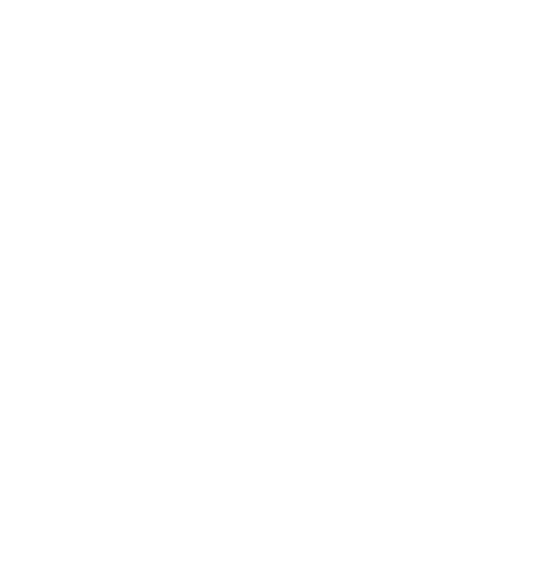
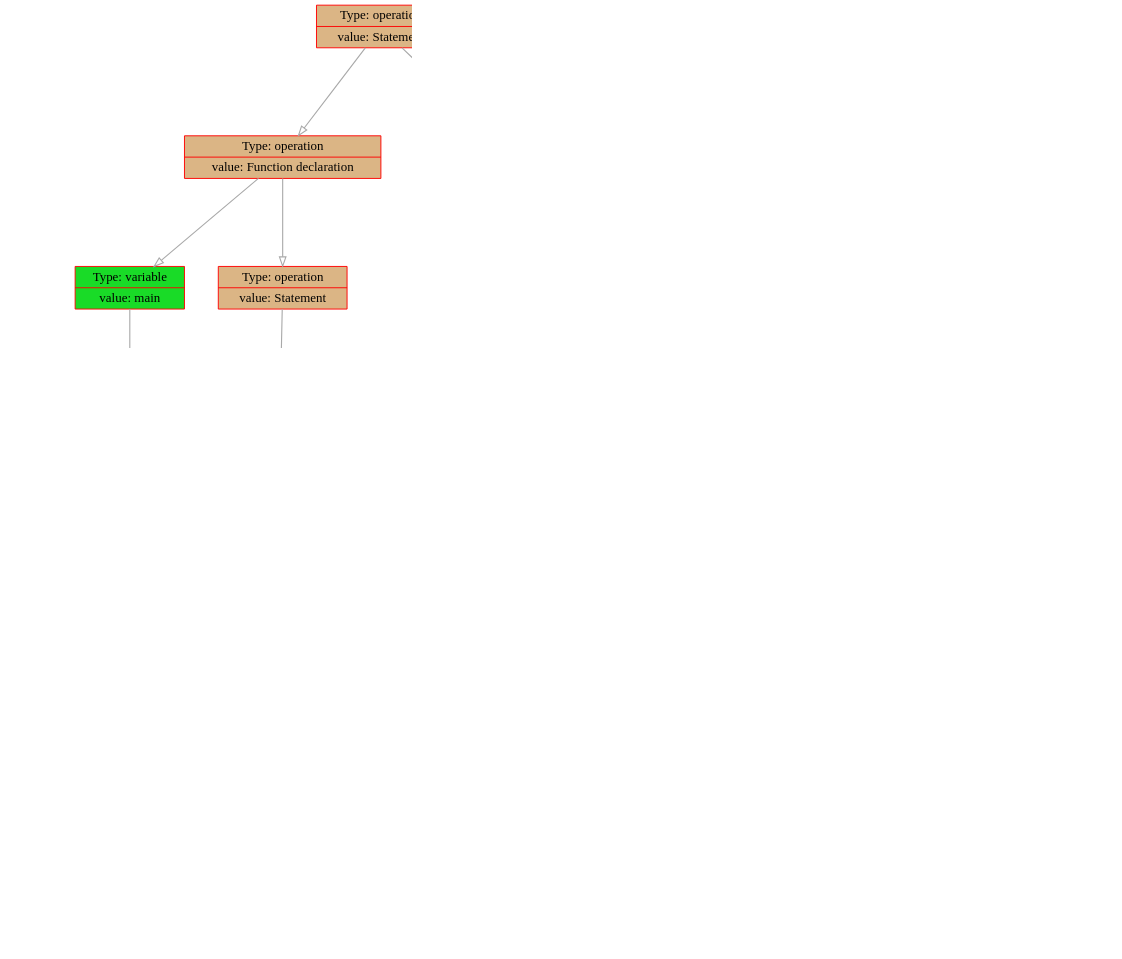
Before and after one commit to dodokek/ProgrammingLanguage: the diagram in frontend/data/graph.dot, drawn with Graphviz. The commit also changed 4 other files, not shown here.

```diff
--- a/frontend/data/graph.dot
+++ b/frontend/data/graph.dot
@@ -1,43 +1,91 @@
 
     digraph g {
         dpi      = 200;
         fontname = "Comic Sans MS";
         fontsize = 20;
         rankdir   =  TB;
         edge [color = darkgrey, arrowhead = onormal, arrowsize = 1, penwidth = 1.2]
         graph[fillcolor = lightgreen, ranksep = 1.3, nodesep = 0.5,
         style = "rounded, filled",color = green, penwidth = 2]
 
-    Node0000026e55757800[shape=record, width=0.2, style="filled", color="red", fillcolor="#DBB585",label=" {Type: operation | value: Statement}"] 
+    Node0000027d3c0b81f0[shape=record, width=0.2, style="filled", color="red", fillcolor="#DBB585",label=" {Type: operation | value: Statement}"] 
  
-Node0000026e55757770[shape=record, width=0.2, style="filled", color="red", fillcolor="#DBB585",label=" {Type: operation | value: While}"] 
+Node0000027d3c0b80b0[shape=record, width=0.2, style="filled", color="red", fillcolor="#DBB585",label=" {Type: operation | value: Function declaration}"] 
  
-Node0000026e55757680[shape=record, width=0.2, style="filled", color="red", fillcolor="#DBB585",label=" {Type: operation | value: +}"] 
+Node0000027d3c0b75b0[shape=record, width=0.2, style="filled", color="red", fillcolor="#19DB27",label=" {Type: variable | value: main}"] 
  
-Node0000026e557575b0[shape=record, width=0.2, style="filled", color="red", fillcolor="#DB8E21",label=" {Type: number | value: 1}"] 
+Node0000027d3c0b8020[shape=record, width=0.2, style="filled", color="red", fillcolor="#DBB585",label=" {Type: operation | value: Parametr}"] 
  
-Node0000026e55757650[shape=record, width=0.2, style="filled", color="red", fillcolor="#DB8E21",label=" {Type: number | value: 2}"] 
+Node0000027d3c0b7640[shape=record, width=0.2, style="filled", color="red", fillcolor="#DBB585",label=" {Type: operation | value: Var}"] 
  
-Node0000026e55757740[shape=record, width=0.2, style="filled", color="red", fillcolor="#DBB585",label=" {Type: operation | value: Statement}"] 
+Node0000027d3c0b75e0[shape=record, width=0.2, style="filled", color="red", fillcolor="#19DB27",label=" {Type: variable | value: X}"] 
  
-Node0000026e557576b0[shape=record, width=0.2, style="filled", color="red", fillcolor="#DB8E21",label=" {Type: number | value: 2}"] 
+Node0000027d3c0b7610[shape=record, width=0.2, style="filled", color="red", fillcolor="#DB8E21",label=" {Type: number | value: 10}"] 
  
-Node0000026e55757710[shape=record, width=0.2, style="filled", color="red", fillcolor="#DBB585",label=" {Type: operation | value: Statement}"] 
+Node0000027d3c0b8080[shape=record, width=0.2, style="filled", color="red", fillcolor="#DBB585",label=" {Type: operation | value: Statement}"] 
  
-Node0000026e557576e0[shape=record, width=0.2, style="filled", color="red", fillcolor="#DB8E21",label=" {Type: number | value: 3}"] 
+Node0000027d3c0b8050[shape=record, width=0.2, style="filled", color="red", fillcolor="#DB8E21",label=" {Type: number | value: 2}"] 
  
-Node0000026e557577d0[shape=record, width=0.2, style="filled", color="red", fillcolor="#DBB585",label=" {Type: operation | value: Statement}"] 
+Node0000027d3c0b8190[shape=record, width=0.2, style="filled", color="red", fillcolor="#DBB585",label=" {Type: operation | value: Statement}"] 
  
-Node0000026e557577a0[shape=record, width=0.2, style="filled", color="red", fillcolor="#DB8E21",label=" {Type: number | value: 4}"] 
+Node0000027d3c0b8220[shape=record, width=0.2, style="filled", color="red", fillcolor="#DBB585",label=" {Type: operation | value: Var}"] 
  
-Node0000026e55757800->Node0000026e55757770
-Node0000026e55757770->Node0000026e55757680
-Node0000026e55757680->Node0000026e557575b0
-Node0000026e55757680->Node0000026e55757650
-Node0000026e55757770->Node0000026e55757740
-Node0000026e55757740->Node0000026e557576b0
-Node0000026e55757740->Node0000026e55757710
-Node0000026e55757710->Node0000026e557576e0
-Node0000026e55757800->Node0000026e557577d0
-Node0000026e557577d0->Node0000026e557577a0
+Node0000027d3c0b8130[shape=record, width=0.2, style="filled", color="red", fillcolor="#19DB27",label=" {Type: variable | value: Y}"] 
+ 
+Node0000027d3c0b8490[shape=record, width=0.2, style="filled", color="red", fillcolor="#DB8E21",label=" {Type: number | value: 20}"] 
+ 
+Node0000027d3c0b81c0[shape=record, width=0.2, style="filled", color="red", fillcolor="#DBB585",label=" {Type: operation | value: Statement}"] 
+ 
+Node0000027d3c0b8160[shape=record, width=0.2, style="filled", color="red", fillcolor="#DBB585",label=" {Type: operation | value: if}"] 
+ 
+Node0000027d3c0b8430[shape=record, width=0.2, style="filled", color="red", fillcolor="#DBB585",label=" {Type: operation | value: +}"] 
+ 
+Node0000027d3c0b82e0[shape=record, width=0.2, style="filled", color="red", fillcolor="#DB8E21",label=" {Type: number | value: 2}"] 
+ 
+Node0000027d3c0b8340[shape=record, width=0.2, style="filled", color="red", fillcolor="#DB8E21",label=" {Type: number | value: 2}"] 
+ 
+Node0000027d3c0b8460[shape=record, width=0.2, style="filled", color="red", fillcolor="#DBB585",label=" {Type: operation | value: else}"] 
+ 
+Node0000027d3c0b8280[shape=record, width=0.2, style="filled", color="red", fillcolor="#DBB585",label=" {Type: operation | value: Statement}"] 
+ 
+Node0000027d3c0b83a0[shape=record, width=0.2, style="filled", color="red", fillcolor="#DBB585",label=" {Type: operation | value: Var}"] 
+ 
+Node0000027d3c0b8400[shape=record, width=0.2, style="filled", color="red", fillcolor="#19DB27",label=" {Type: variable | value: Y}"] 
+ 
+Node0000027d3c0b8310[shape=record, width=0.2, style="filled", color="red", fillcolor="#DB8E21",label=" {Type: number | value: 2}"] 
+ 
+Node0000027d3c0b83d0[shape=record, width=0.2, style="filled", color="red", fillcolor="#DBB585",label=" {Type: operation | value: Statement}"] 
+ 
+Node0000027d3c0b82b0[shape=record, width=0.2, style="filled", color="red", fillcolor="#DBB585",label=" {Type: operation | value: Var}"] 
+ 
+Node0000027d3c0b8370[shape=record, width=0.2, style="filled", color="red", fillcolor="#19DB27",label=" {Type: variable | value: Y}"] 
+ 
+Node0000027d3c0b8250[shape=record, width=0.2, style="filled", color="red", fillcolor="#DB8E21",label=" {Type: number | value: 2}"] 
+ 
+Node0000027d3c0b81f0->Node0000027d3c0b80b0
+Node0000027d3c0b80b0->Node0000027d3c0b75b0
+Node0000027d3c0b75b0->Node0000027d3c0b8020
+Node0000027d3c0b8020->Node0000027d3c0b7640
+Node0000027d3c0b7640->Node0000027d3c0b75e0
+Node0000027d3c0b7640->Node0000027d3c0b7610
+Node0000027d3c0b80b0->Node0000027d3c0b8080
+Node0000027d3c0b8080->Node0000027d3c0b8050
+Node0000027d3c0b81f0->Node0000027d3c0b8190
+Node0000027d3c0b8190->Node0000027d3c0b8220
+Node0000027d3c0b8220->Node0000027d3c0b8130
+Node0000027d3c0b8220->Node0000027d3c0b8490
+Node0000027d3c0b8190->Node0000027d3c0b81c0
+Node0000027d3c0b81c0->Node0000027d3c0b8160
+Node0000027d3c0b8160->Node0000027d3c0b8430
+Node0000027d3c0b8430->Node0000027d3c0b82e0
+Node0000027d3c0b8430->Node0000027d3c0b8340
+Node0000027d3c0b8160->Node0000027d3c0b8460
+Node0000027d3c0b8460->Node0000027d3c0b8280
+Node0000027d3c0b8280->Node0000027d3c0b83a0
+Node0000027d3c0b83a0->Node0000027d3c0b8400
+Node0000027d3c0b83a0->Node0000027d3c0b8310
+Node0000027d3c0b8460->Node0000027d3c0b83d0
+Node0000027d3c0b83d0->Node0000027d3c0b82b0
+Node0000027d3c0b82b0->Node0000027d3c0b8370
+Node0000027d3c0b82b0->Node0000027d3c0b8250
 }
```
